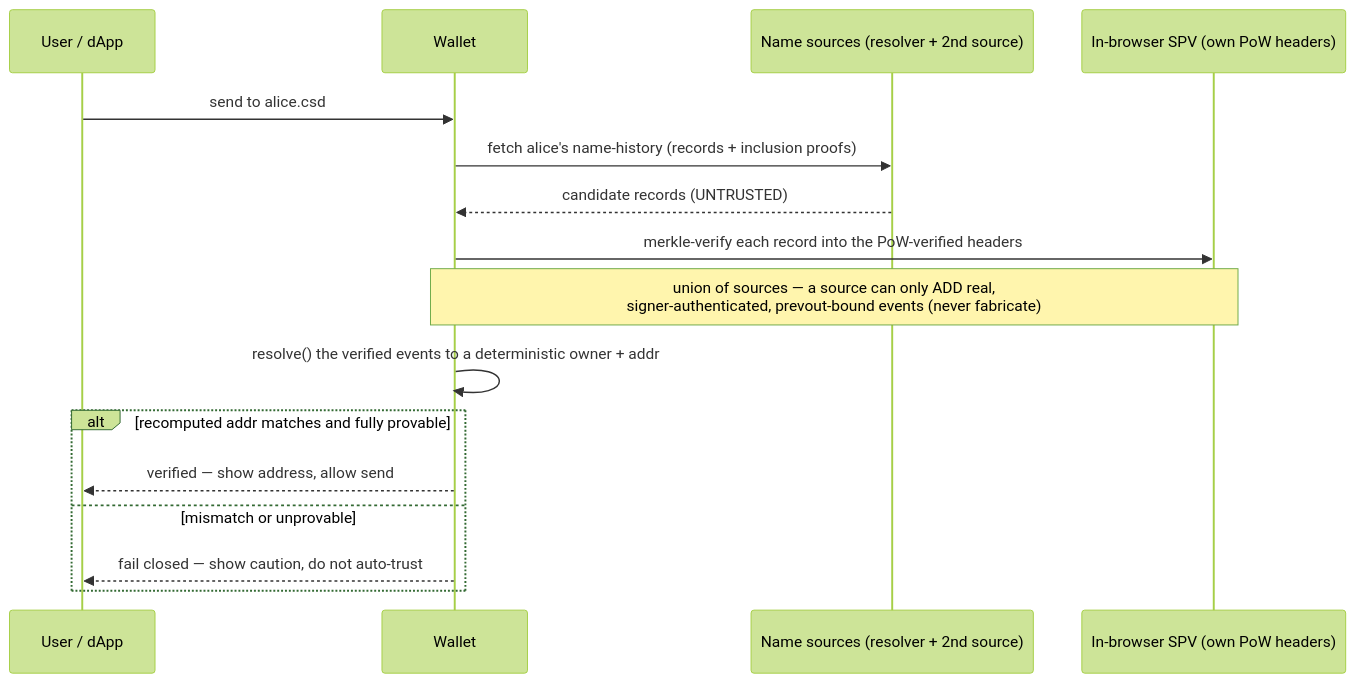
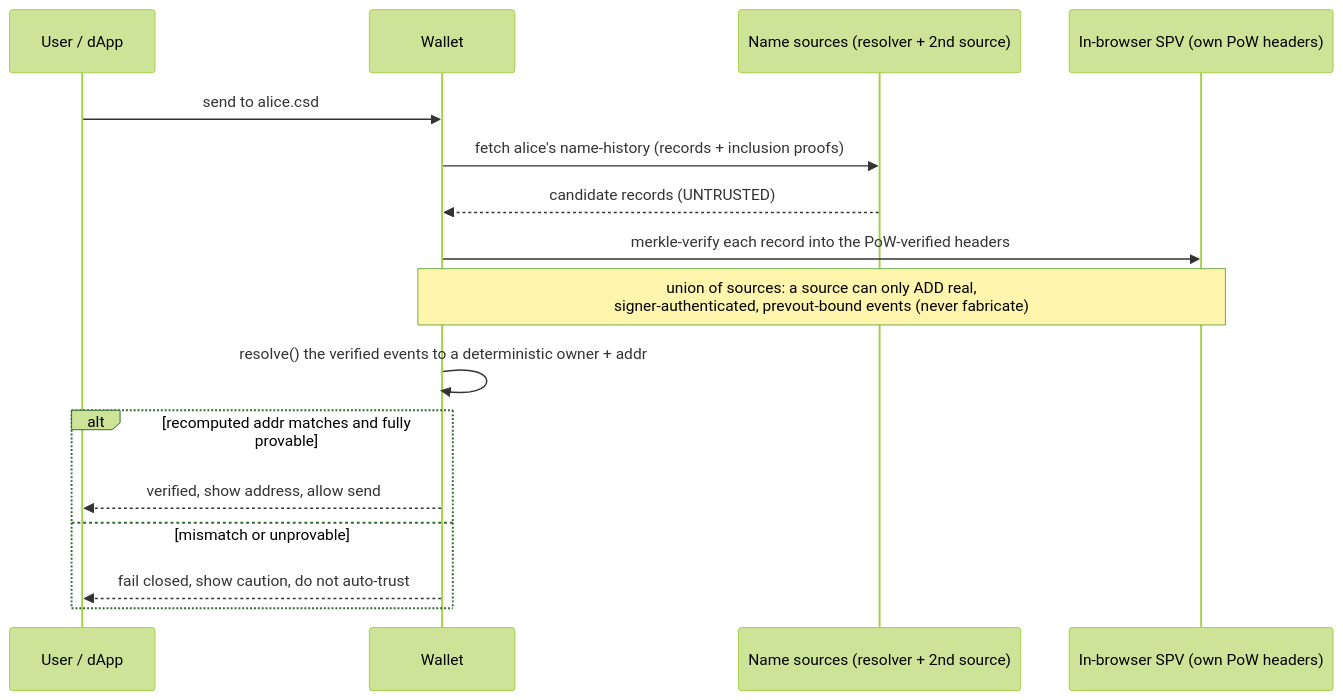
The third of 4 diagrams in packages/cairnx/README.md (InverseAltruism/csd-sdk), drawn with Mermaid (forest theme) before and after one commit. The commit also changed other lines of this file and 11 other files, not shown here.

````diff
--- a/packages/cairnx/README.md
+++ b/packages/cairnx/README.md
@@ -147,18 +144,18 @@
 ```mermaid
 sequenceDiagram
   participant U as User / dApp
   participant Wallet
   participant Sources as Name sources (resolver + 2nd source)
   participant SPV as In-browser SPV (own PoW headers)
   U->>Wallet: send to alice.csd
   Wallet->>Sources: fetch alice's name-history (records + inclusion proofs)
   Sources-->>Wallet: candidate records (UNTRUSTED)
   Wallet->>SPV: merkle-verify each record into the PoW-verified headers
-  Note over Wallet,SPV: union of sources — a source can only ADD real,<br/>signer-authenticated, prevout-bound events (never fabricate)
+  Note over Wallet,SPV: union of sources: a source can only ADD real,<br/>signer-authenticated, prevout-bound events (never fabricate)
   Wallet->>Wallet: resolve() the verified events to a deterministic owner + addr
   alt recomputed addr matches and fully provable
-    Wallet-->>U: verified — show address, allow send
+    Wallet-->>U: verified, show address, allow send
   else mismatch or unprovable
-    Wallet-->>U: fail closed — show caution, do not auto-trust
+    Wallet-->>U: fail closed, show caution, do not auto-trust
   end
 ```
````
